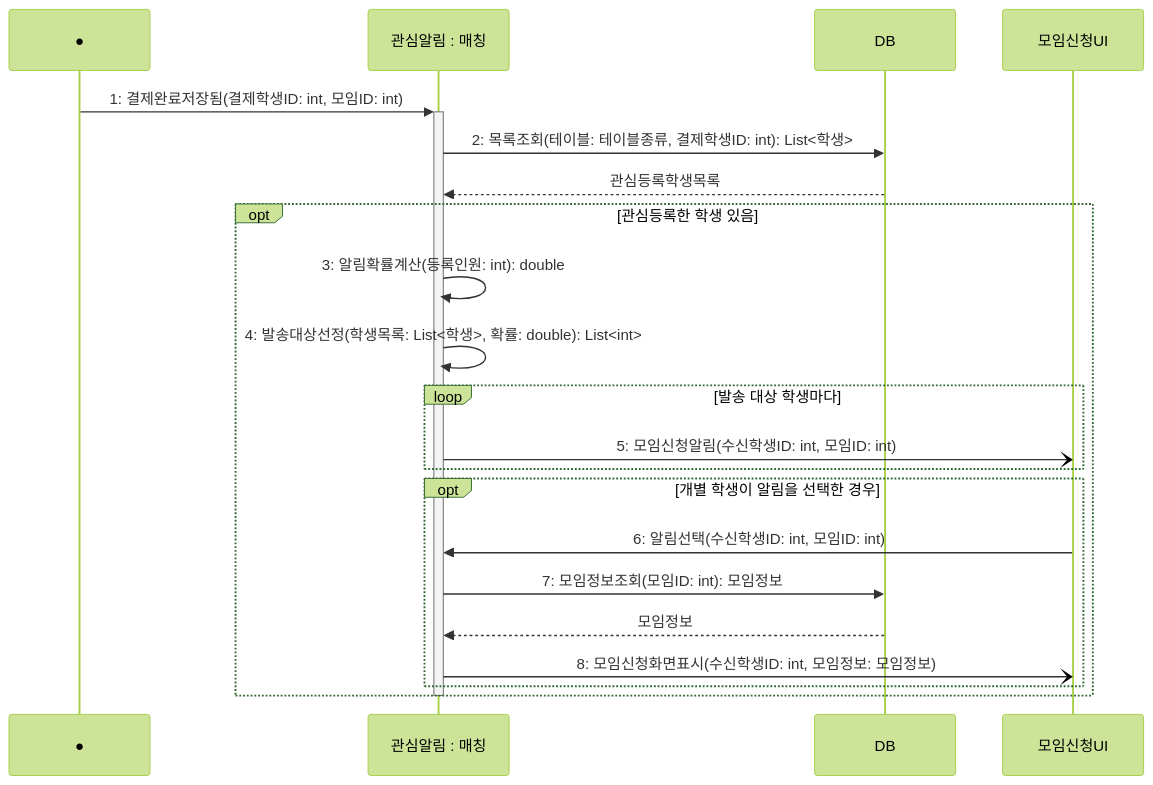
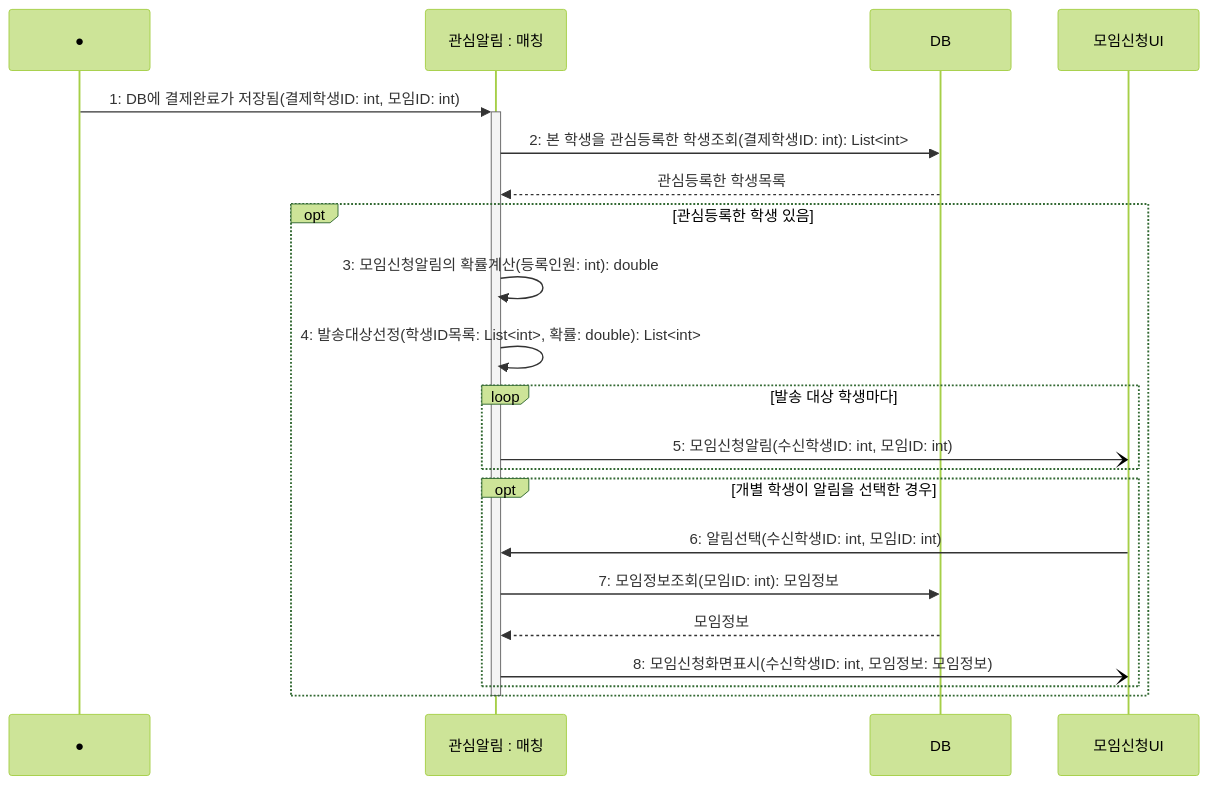
One commit to hojae3/sw-engineering-16 changed the diagram in presentation/03/2-sequence.md. Above: the diagram before and after it, drawn with Mermaid (forest theme). The commit also changed other lines of this file, not shown here.

````diff
--- a/presentation/03/2-sequence.md
+++ b/presentation/03/2-sequence.md
@@ -5,26 +5,26 @@
 ```mermaid
 sequenceDiagram
     participant Found as ●
     participant 알림 as 관심알림 : 매칭
     participant DB as DB
     participant 화면 as 모임신청UI
 
-    Found->>+알림: 1: 결제완료저장됨(결제학생ID: int, 모임ID: int)
-    알림->>DB: 2: 목록조회(테이블: 테이블종류, 결제학생ID: int): List<학생>
-    DB-->>알림: 관심등록학생목록
+    Found->>+알림: 1: DB에 결제완료가 저장됨(결제학생ID: int, 모임ID: int)
+    알림->>DB: 2: 본 학생을 관심등록한 학생조회(결제학생ID: int): List<int>
+    DB-->>알림: 관심등록한 학생목록
 
     opt 관심등록한 학생 있음
-        알림->>알림: 3: 알림확률계산(등록인원: int): double
-        알림->>알림: 4: 발송대상선정(학생목록: List<학생>, 확률: double): List<int>
+        알림->>알림: 3: 모임신청알림의 확률계산(등록인원: int): double
+        알림->>알림: 4: 발송대상선정(학생ID목록: List<int>, 확률: double): List<int>
         loop 발송 대상 학생마다
             알림-)화면: 5: 모임신청알림(수신학생ID: int, 모임ID: int)
         end
         opt 개별 학생이 알림을 선택한 경우
             화면->>알림: 6: 알림선택(수신학생ID: int, 모임ID: int)
             알림->>DB: 7: 모임정보조회(모임ID: int): 모임정보
             DB-->>알림: 모임정보
             알림-)화면: 8: 모임신청화면표시(수신학생ID: int, 모임정보: 모임정보)
         end
     end
     deactivate 알림
 ```
````
